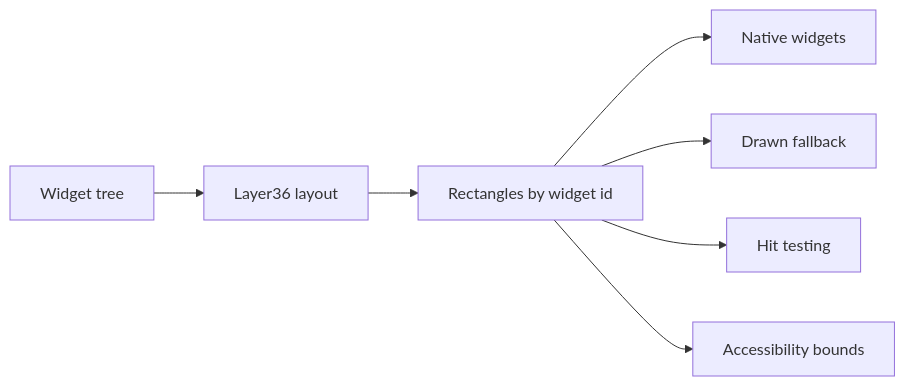
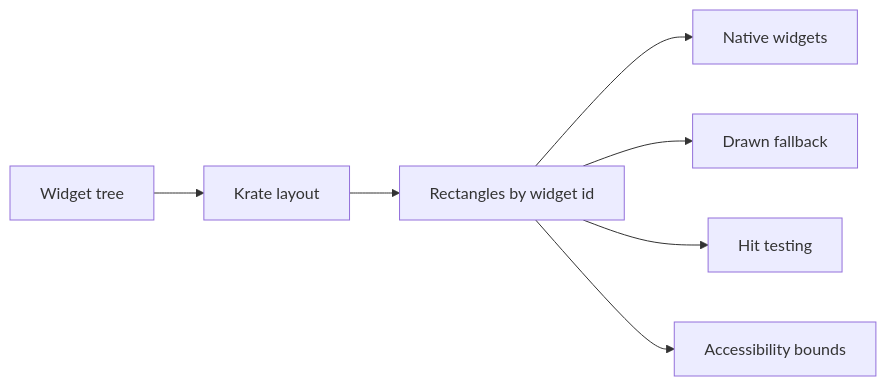
One commit to incyashraj/krate changed the diagram in docs/book/src/phase3/layout.md. Above: the diagram before and after it, drawn with Mermaid. The commit also changed other lines of this file and 342 other files, not shown here.

First line of the commit message:
feat!: rename Layer36 to Krate across the entire system (A9 Phase B)

````diff
--- a/docs/book/src/phase3/layout.md
+++ b/docs/book/src/phase3/layout.md
@@ -24,9 +24,9 @@
 ```mermaid
 flowchart LR
-    A["Widget tree"] --> B["Layer36 layout"]
+    A["Widget tree"] --> B["Krate layout"]
     B --> C["Rectangles by widget id"]
     C --> D["Native widgets"]
     C --> E["Drawn fallback"]
     C --> F["Hit testing"]
     C --> G["Accessibility bounds"]
 ```
````
